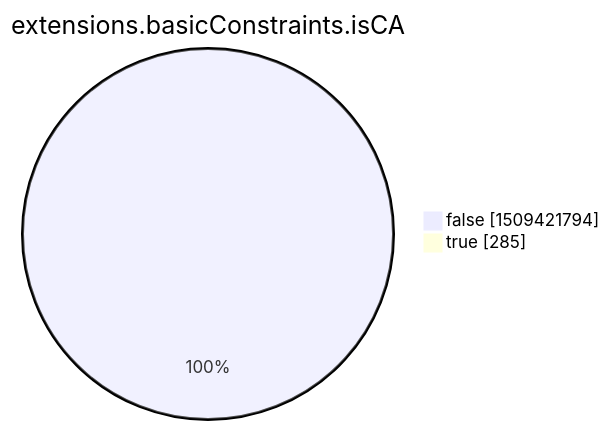
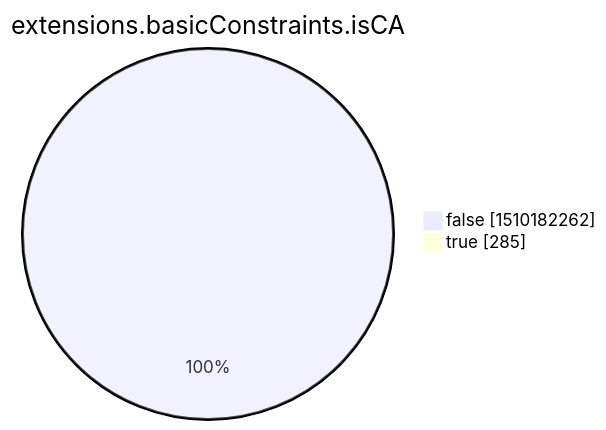
One commit to christiankrug/ctmonitor_visualization changed the eighth of 15 diagrams in xenon2022/README.md. Above: the diagram before and after it, drawn with Mermaid. The commit also changed other lines of this file, not shown here.

````diff
--- a/xenon2022/README.md
+++ b/xenon2022/README.md
@@ -2854,6 +2854,6 @@
 ```mermaid
 pie showData
 title extensions.basicConstraints.isCA
-"false" :1509421794
+"false" :1510182262
 "true" :285
 ```
````
